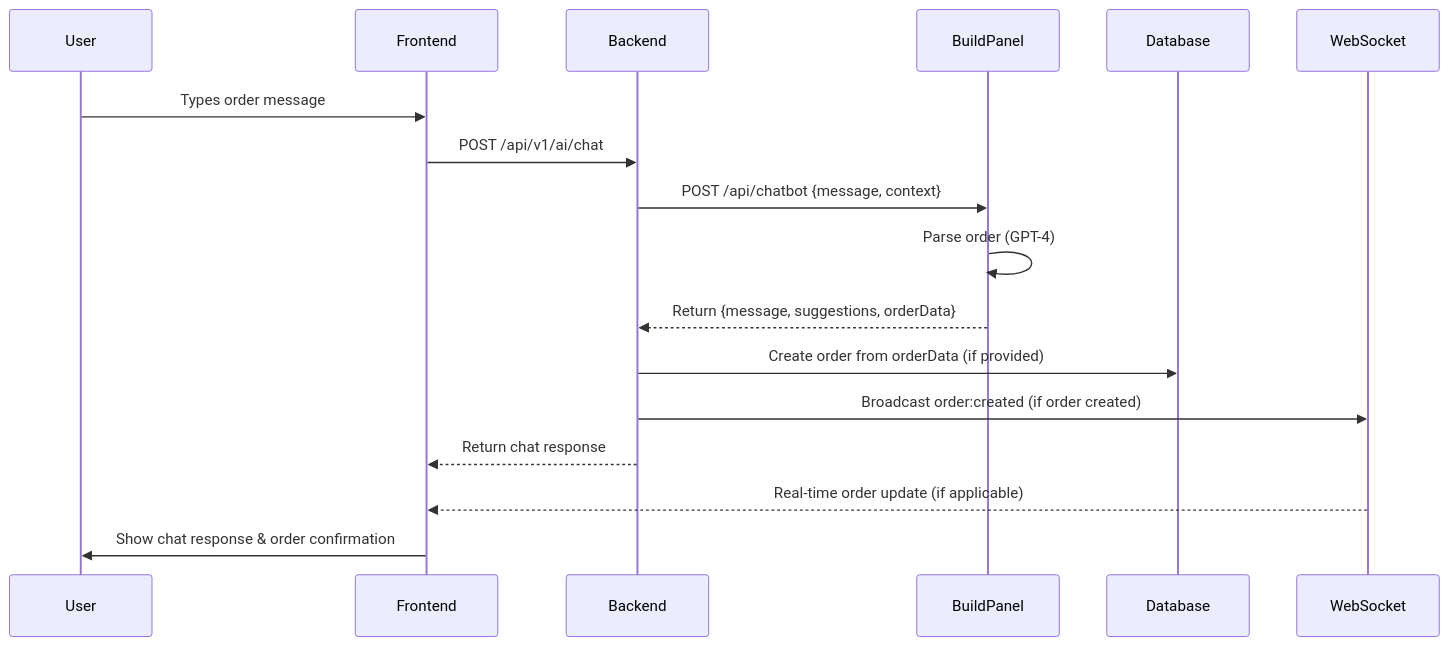
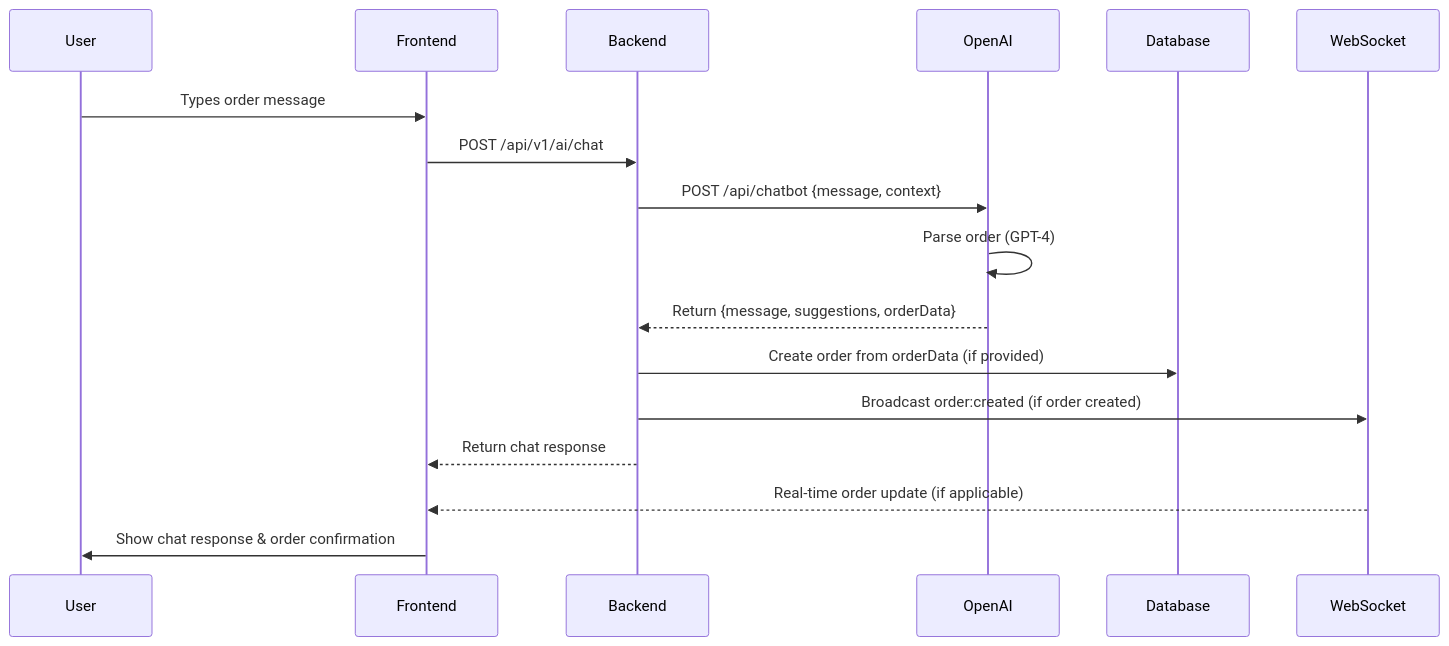
One commit to mikeyoung304/July25 changed the second of 8 diagrams in docs/DATA_FLOW_INTEGRATION.md. Above: the diagram before and after it, drawn with Mermaid. The commit also changed other lines of this file and 30 other files, not shown here.

Commit message:
chore: remove all BuildPanel references; replace with OpenAI; add CI guards

````diff
--- a/docs/DATA_FLOW_INTEGRATION.md
+++ b/docs/DATA_FLOW_INTEGRATION.md
@@ -74,20 +74,20 @@
 ```mermaid
 sequenceDiagram
     participant User
     participant Frontend
     participant Backend
-    participant BuildPanel
+    participant OpenAI
     participant Database
     participant WebSocket
     
     User->>Frontend: Types order message
     Frontend->>Backend: POST /api/v1/ai/chat
-    Backend->>BuildPanel: POST /api/chatbot {message, context}
-    BuildPanel->>BuildPanel: Parse order (GPT-4)
-    BuildPanel-->>Backend: Return {message, suggestions, orderData}
+    Backend->>OpenAI: POST /api/chatbot {message, context}
+    OpenAI->>OpenAI: Parse order (GPT-4)
+    OpenAI-->>Backend: Return {message, suggestions, orderData}
     Backend->>Database: Create order from orderData (if provided)
     Backend->>WebSocket: Broadcast order:created (if order created)
     Backend-->>Frontend: Return chat response
     WebSocket-->>Frontend: Real-time order update (if applicable)
     Frontend->>User: Show chat response & order confirmation
 ```
````
